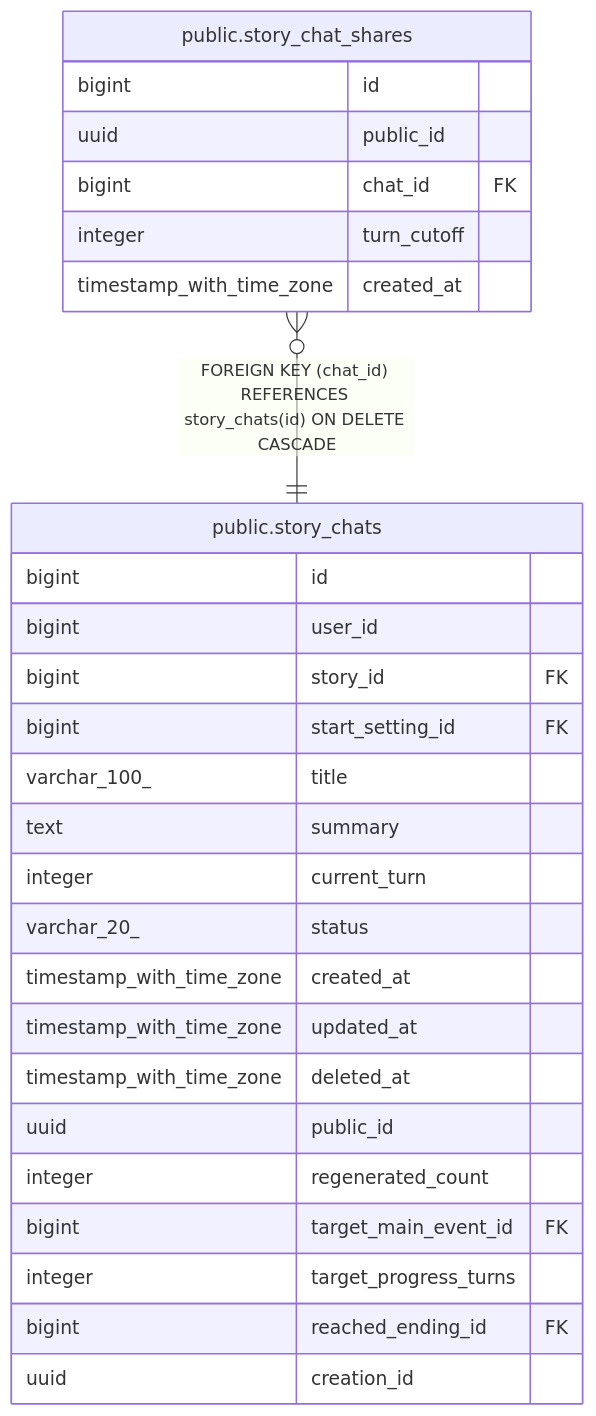
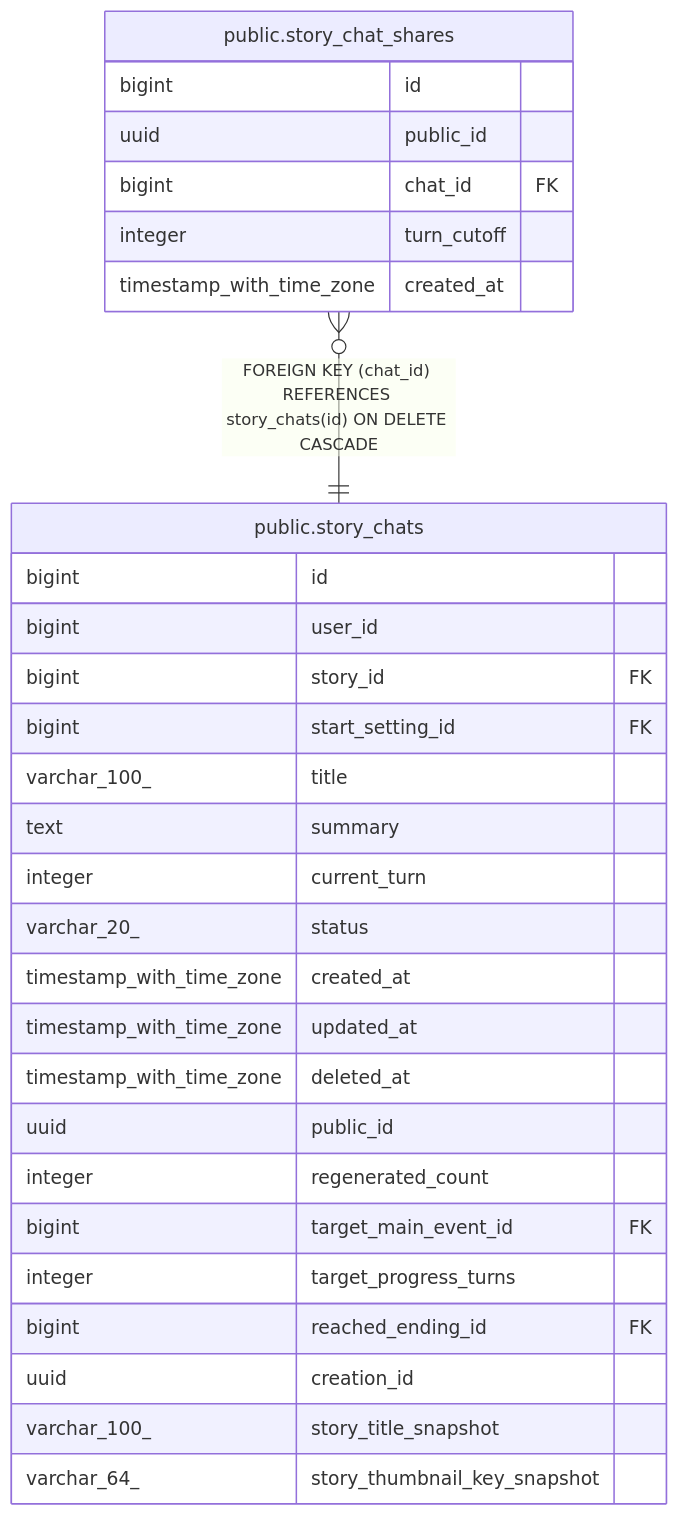
The diagram in dbdoc/public.story_chat_shares.md (KIM-N-KANG/manyak-server), drawn with Mermaid before and after one commit. The commit also changed 15 other files, not shown here.

````diff
--- a/dbdoc/public.story_chat_shares.md
+++ b/dbdoc/public.story_chat_shares.md
@@ -32,32 +32,34 @@
 ```mermaid
 erDiagram
 
 "public.story_chat_shares" }o--|| "public.story_chats" : "FOREIGN KEY (chat_id) REFERENCES story_chats(id) ON DELETE CASCADE"
 
 "public.story_chat_shares" {
   bigint id
   uuid public_id
   bigint chat_id FK
   integer turn_cutoff
   timestamp_with_time_zone created_at
 }
 "public.story_chats" {
   bigint id
   bigint user_id
   bigint story_id FK
   bigint start_setting_id FK
   varchar_100_ title
   text summary
   integer current_turn
   varchar_20_ status
   timestamp_with_time_zone created_at
   timestamp_with_time_zone updated_at
   timestamp_with_time_zone deleted_at
   uuid public_id
   integer regenerated_count
   bigint target_main_event_id FK
   integer target_progress_turns
   bigint reached_ending_id FK
   uuid creation_id
+  varchar_100_ story_title_snapshot
+  varchar_64_ story_thumbnail_key_snapshot
 }
 ```
````
